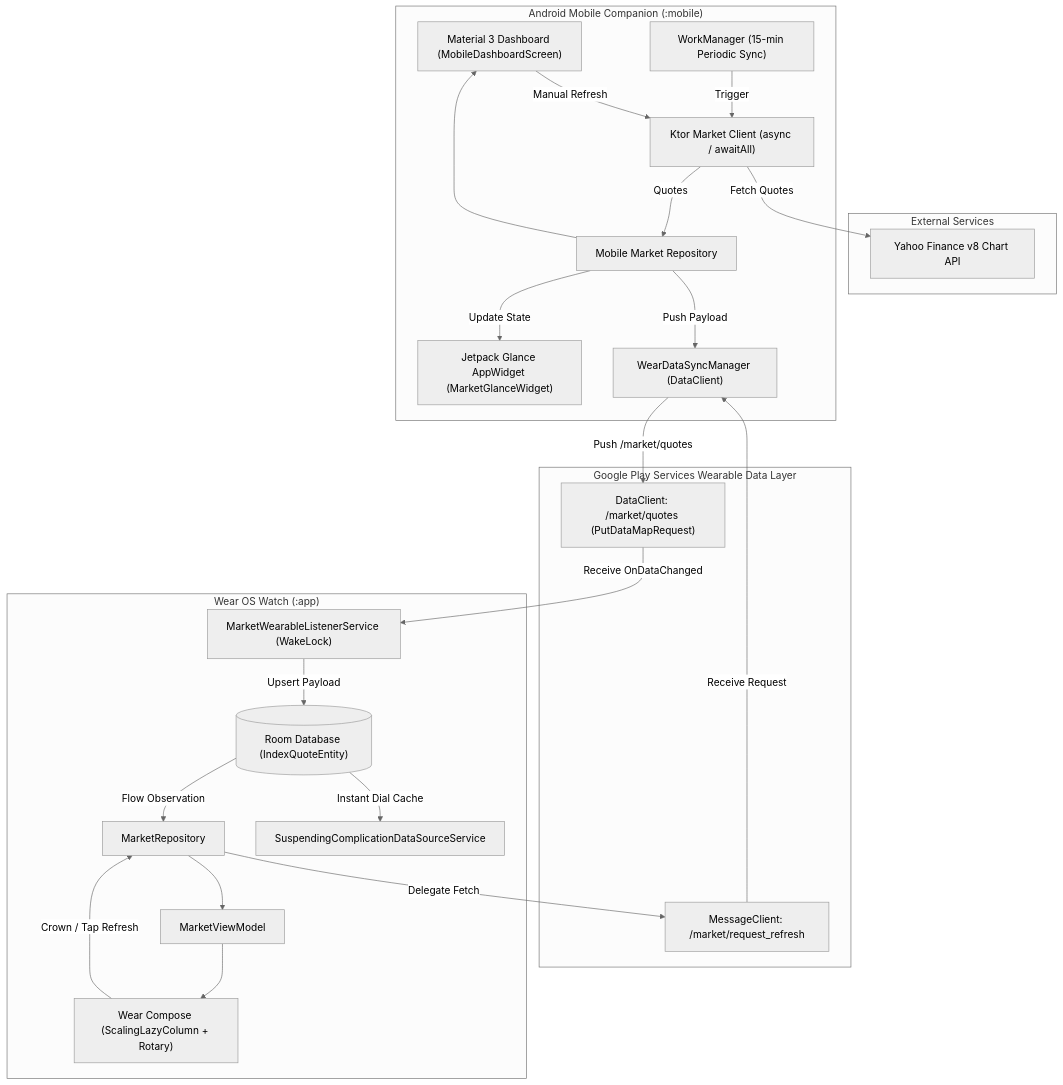
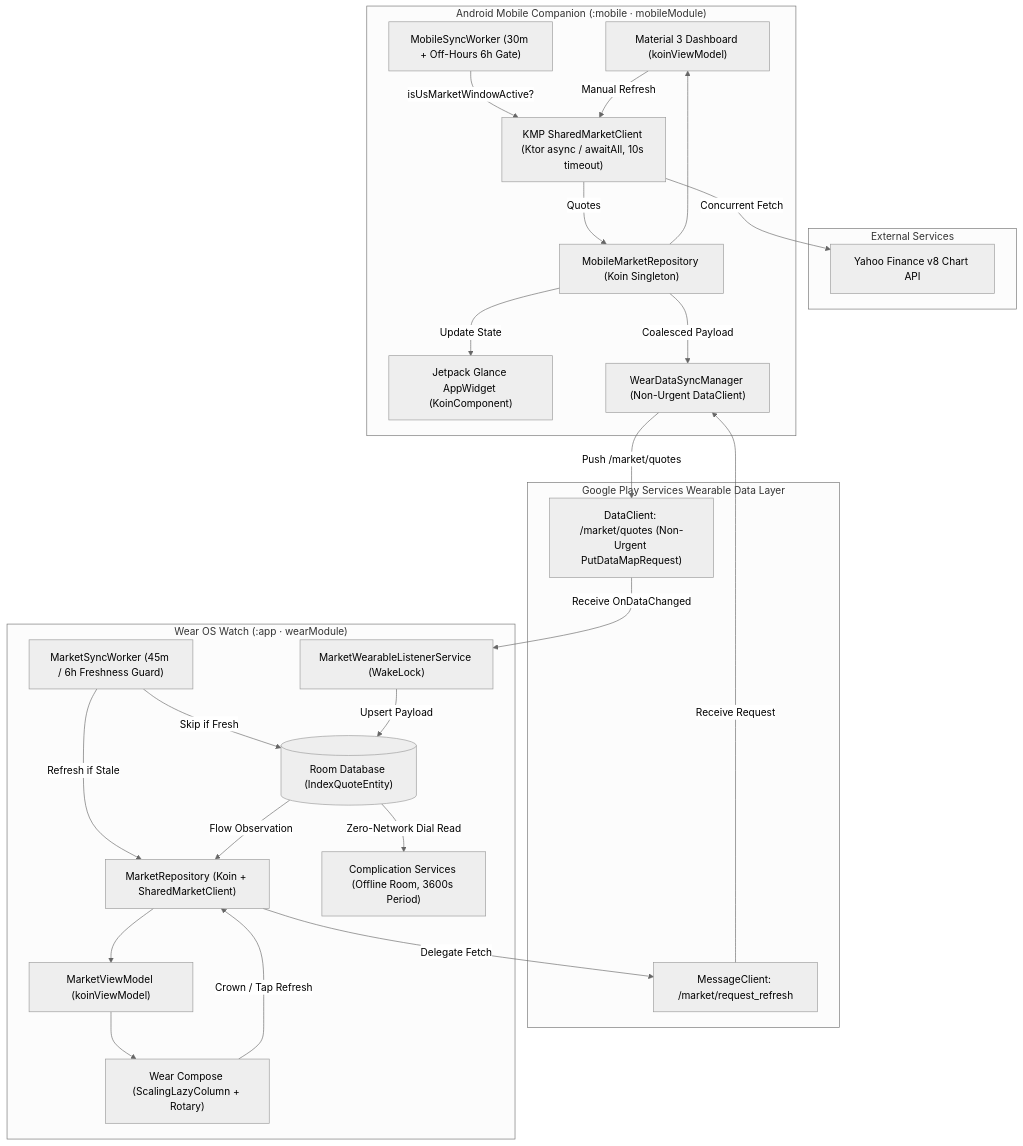
The first of 4 diagrams in README.md (mohitb117/MarketWearWatch), drawn with Mermaid (neutral theme) before and after one commit. The commit also changed other lines of this file and 4 other files, not shown here.

Commit message:
docs(readme,showcase): document KMP + Koin DI, battery optimizations, and interactive system diagrams

````diff
--- a/README.md
+++ b/README.md
@@ -22,49 +23,52 @@
 ```mermaid
 flowchart TD
     subgraph Cloud ["External Services"]
         YF["Yahoo Finance v8 Chart API"]
     end
 
-    subgraph PhoneDevice ["Android Mobile Companion (:mobile)"]
-        PhoneUI["Material 3 Dashboard (MobileDashboardScreen)"]
-        KtorClient["Ktor Market Client (async / awaitAll)"]
-        PhoneRepo["Mobile Market Repository"]
-        WorkMgr["WorkManager (15-min Periodic Sync)"]
-        GlanceWidget["Jetpack Glance AppWidget (MarketGlanceWidget)"]
-        WearSyncMgr["WearDataSyncManager (DataClient)"]
+    subgraph PhoneDevice ["Android Mobile Companion (:mobile · mobileModule)"]
+        PhoneUI["Material 3 Dashboard (koinViewModel)"]
+        SharedClient["KMP SharedMarketClient (Ktor async / awaitAll, 10s timeout)"]
+        PhoneRepo["MobileMarketRepository (Koin Singleton)"]
+        WorkMgr["MobileSyncWorker (30m + Off-Hours 6h Gate)"]
+        GlanceWidget["Jetpack Glance AppWidget (KoinComponent)"]
+        WearSyncMgr["WearDataSyncManager (Non-Urgent DataClient)"]
 
-        WorkMgr -->|Trigger| KtorClient
-        PhoneUI -->|Manual Refresh| KtorClient
-        KtorClient -->|Fetch Quotes| YF
-        KtorClient -->|Quotes| PhoneRepo
+        WorkMgr -->|isUsMarketWindowActive?| SharedClient
+        PhoneUI -->|Manual Refresh| SharedClient
+        SharedClient -->|Concurrent Fetch| YF
+        SharedClient -->|Quotes| PhoneRepo
         PhoneRepo --> PhoneUI
         PhoneRepo -->|Update State| GlanceWidget
-        PhoneRepo -->|Push Payload| WearSyncMgr
+        PhoneRepo -->|Coalesced Payload| WearSyncMgr
     end
 
     subgraph WearableLayer ["Google Play Services Wearable Data Layer"]
-        DataClientMsg["DataClient: /market/quotes (PutDataMapRequest)"]
+        DataClientMsg["DataClient: /market/quotes (Non-Urgent PutDataMapRequest)"]
         MsgClientReq["MessageClient: /market/request_refresh"]
     end
 
-    subgraph WatchDevice ["Wear OS Watch (:app)"]
+    subgraph WatchDevice ["Wear OS Watch (:app · wearModule)"]
         ListenerSvc["MarketWearableListenerService (WakeLock)"]
         RoomDB[("Room Database (IndexQuoteEntity)")]
-        WatchRepo["MarketRepository"]
-        WatchVM["MarketViewModel"]
+        WatchRepo["MarketRepository (Koin + SharedMarketClient)"]
+        WatchWorker["MarketSyncWorker (45m / 6h Freshness Guard)"]
+        WatchVM["MarketViewModel (koinViewModel)"]
         WatchUI["Wear Compose (ScalingLazyColumn + Rotary)"]
-        ComplicationSvc["SuspendingComplicationDataSourceService"]
+        ComplicationSvc["Complication Services (Offline Room, 3600s Period)"]
 
         WatchUI -->|Crown / Tap Refresh| WatchRepo
+        WatchWorker -->|Skip if Fresh| RoomDB
+        WatchWorker -->|Refresh if Stale| WatchRepo
         WatchRepo -->|Delegate Fetch| MsgClientReq
         DataClientMsg -->|Receive OnDataChanged| ListenerSvc
         ListenerSvc -->|Upsert Payload| RoomDB
         RoomDB -->|Flow Observation| WatchRepo
         WatchRepo --> WatchVM
         WatchVM --> WatchUI
-        RoomDB -->|Instant Dial Cache| ComplicationSvc
+        RoomDB -->|Zero-Network Dial Read| ComplicationSvc
     end
 
     WearSyncMgr -->|Push /market/quotes| DataClientMsg
     MsgClientReq -->|Receive Request| WearSyncMgr
 ```
````
